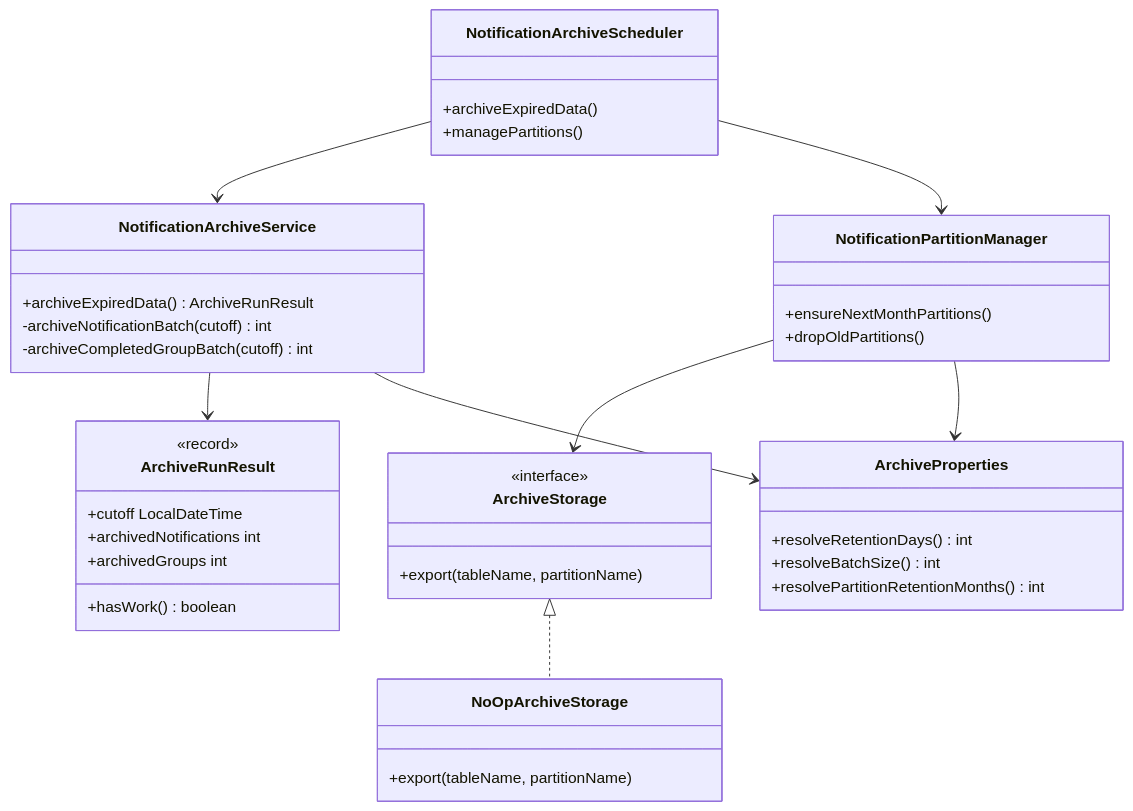
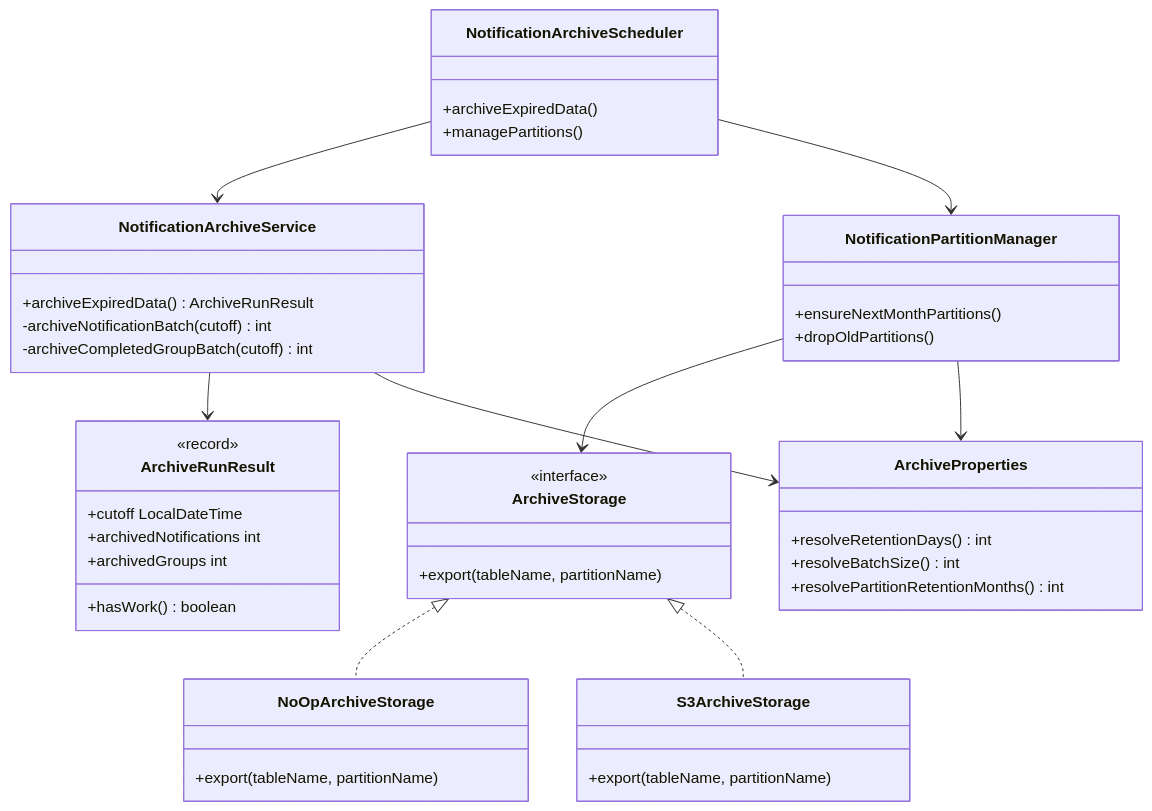
Before and after one commit to yht0827/notification-dispatcher: the fifth of 6 diagrams in docs/03-class-diagrams.md, drawn with Mermaid. The commit also changed other lines of this file and 80 other files, not shown here.

````diff
--- a/docs/03-class-diagrams.md
+++ b/docs/03-class-diagrams.md
@@ -309,52 +326,57 @@
 ```mermaid
 classDiagram
     class NotificationArchiveScheduler {
       +archiveExpiredData()
       +managePartitions()
     }
 
     class NotificationArchiveService {
       +archiveExpiredData() ArchiveRunResult
       -archiveNotificationBatch(cutoff) int
       -archiveCompletedGroupBatch(cutoff) int
     }
 
     class NotificationPartitionManager {
       +ensureNextMonthPartitions()
       +dropOldPartitions()
     }
 
     class ArchiveStorage {
       <<interface>>
       +export(tableName, partitionName)
     }
 
     class NoOpArchiveStorage {
       +export(tableName, partitionName)
     }
 
+    class S3ArchiveStorage {
+      +export(tableName, partitionName)
+    }
+
     class ArchiveRunResult {
       <<record>>
       +cutoff LocalDateTime
       +archivedNotifications int
       +archivedGroups int
       +hasWork() boolean
     }
 
     class ArchiveProperties {
       +resolveRetentionDays() int
       +resolveBatchSize() int
       +resolvePartitionRetentionMonths() int
     }
 
     NotificationArchiveScheduler --> NotificationArchiveService
     NotificationArchiveScheduler --> NotificationPartitionManager
 
     NotificationArchiveService --> ArchiveRunResult
     NotificationArchiveService --> ArchiveProperties
 
     NotificationPartitionManager --> ArchiveStorage
     NotificationPartitionManager --> ArchiveProperties
 
     ArchiveStorage <|.. NoOpArchiveStorage
+    ArchiveStorage <|.. S3ArchiveStorage
 ```
````
